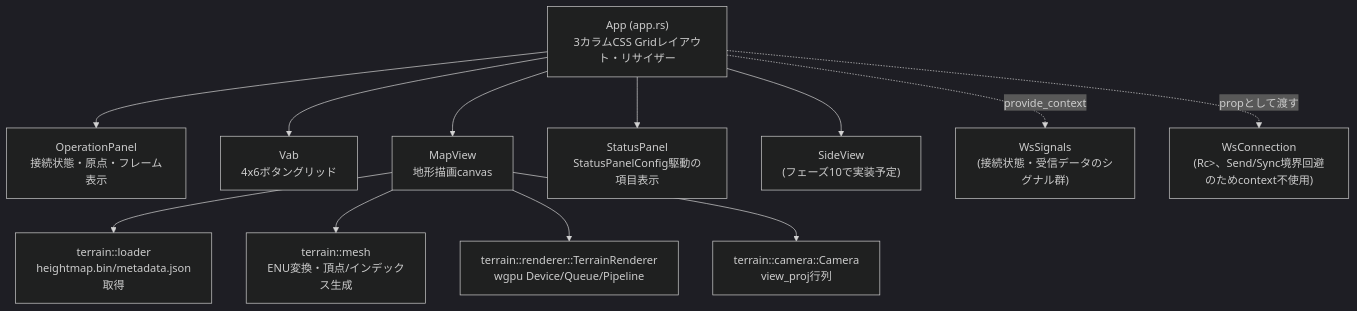
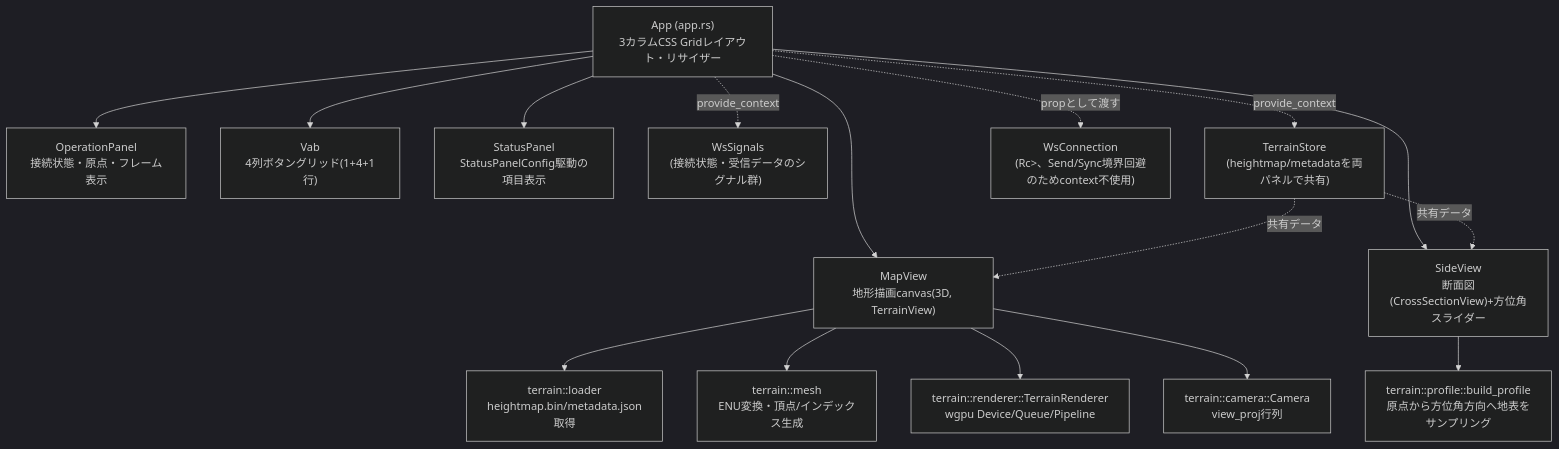
Before and after one commit to ham1a6/SimulationView: the ninth of 14 diagrams in DETAILED_DESIGN.md, drawn with Mermaid (dark theme). The commit also changed other lines of this file and 7 other files, not shown here.

First line of the commit message:
側面図を3D視点から方位角スライダー付きの2D断面図に変更

````diff
--- a/DETAILED_DESIGN.md
+++ b/DETAILED_DESIGN.md
@@ -612,17 +612,21 @@
 ```mermaid
 graph TD
     App["App (app.rs)<br/>3カラムCSS Gridレイアウト・リサイザー"]
     App --> OperationPanel["OperationPanel<br/>接続状態・原点・フレーム表示"]
-    App --> Vab["Vab<br/>4x6ボタングリッド"]
-    App --> MapView["MapView<br/>地形描画canvas"]
+    App --> Vab["Vab<br/>4列ボタングリッド(1+4+1行)"]
+    App --> MapView["MapView<br/>地形描画canvas(3D, TerrainView)"]
     App --> StatusPanel["StatusPanel<br/>StatusPanelConfig駆動の項目表示"]
-    App --> SideView["SideView<br/>(フェーズ10で実装予定)"]
+    App --> SideView["SideView<br/>断面図(CrossSectionView)+方位角スライダー"]
 
     App -.provide_context.-> WsSignals["WsSignals<br/>(接続状態・受信データのシグナル群)"]
+    App -.provide_context.-> TerrainStore["TerrainStore<br/>(heightmap/metadataを両パネルで共有)"]
     App -.propとして渡す.-> WsConnection["WsConnection<br/>(Rc<RefCell<...>>、Send/Sync境界回避のためcontext不使用)"]
 
     MapView --> Loader["terrain::loader<br/>heightmap.bin/metadata.json取得"]
     MapView --> Mesh["terrain::mesh<br/>ENU変換・頂点/インデックス生成"]
     MapView --> Renderer["terrain::renderer::TerrainRenderer<br/>wgpu Device/Queue/Pipeline"]
     MapView --> Camera["terrain::camera::Camera<br/>view_proj行列"]
+    SideView --> Profile["terrain::profile::build_profile<br/>原点から方位角方向へ地表をサンプリング"]
+    TerrainStore -.共有データ.-> MapView
+    TerrainStore -.共有データ.-> SideView
 ```
````
